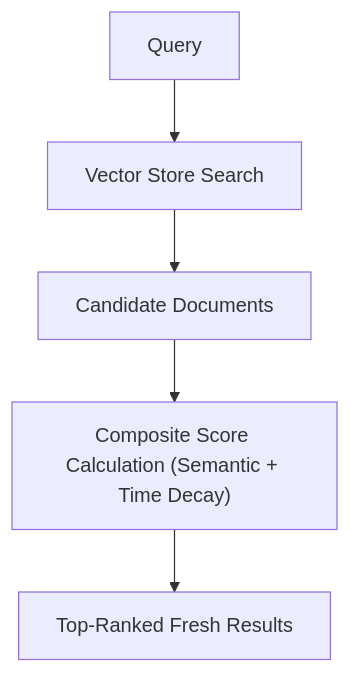
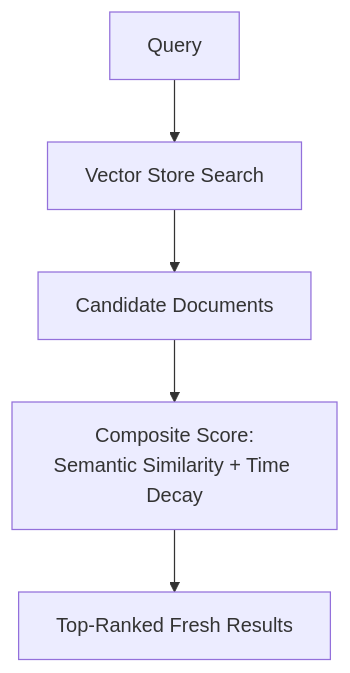
Before and after one commit to satyam0singh/Agentic-AI: diagram 11 of 13 in RAG/Retrivers.md, drawn with Mermaid. The commit also changed other lines of this file, not shown here.

````diff
--- a/RAG/Retrivers.md
+++ b/RAG/Retrivers.md
@@ -245,7 +401,6 @@
 ```mermaid
 flowchart TD
-    Q[Query] --> VS[Vector Store Search]
-    VS --> CD[Candidate Documents]
-    CD --> SC["Composite Score Calculation (Semantic + Time Decay)"]
-    SC --> TR[Top-Ranked Fresh Results]
+    Q["Query"] --> VS["Vector Store Search"] --> CD["Candidate Documents"]
+    CD --> SC["Composite Score:<br/>Semantic Similarity + Time Decay"]
+    SC --> Out["Top-Ranked Fresh Results"]
 ```
````
